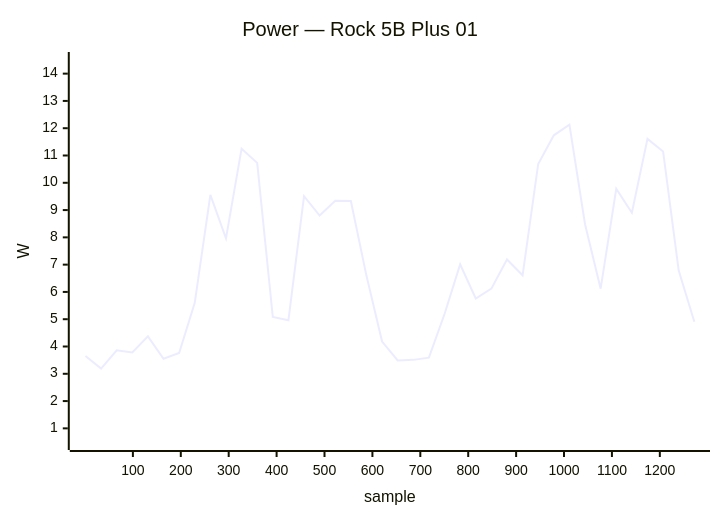
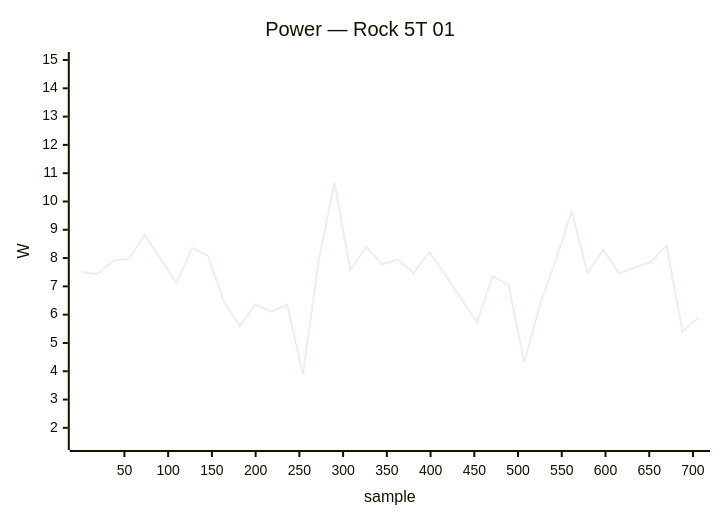
Diagram 26 of 32 in docs/status/board-tests.md (armbian/documentation), drawn with Mermaid before and after one commit. The commit also changed other lines of this file, not shown here.

````diff
--- a/docs/status/board-tests.md
+++ b/docs/status/board-tests.md
@@ -1355,7 +1481,7 @@
 ```mermaid
 xychart-beta
-    title "Power — Rock 5B Plus 01"
-    x-axis "sample" 1 --> 1272
-    y-axis "W" 0.5 --> 14.5
-    line [3.65, 3.19, 3.86, 3.78, 4.37, 3.55, 3.76, 5.60, 9.56, 7.96, 11.25, 10.73, 5.08, 4.96, 9.51, 8.80, 9.34, 9.33, 6.59, 4.18, 3.49, 3.51, 3.59, 5.19, 7.01, 5.76, 6.12, 7.19, 6.61, 10.69, 11.74, 12.13, 8.48, 6.12, 9.78, 8.90, 11.61, 11.15, 6.78, 4.91]
+    title "Power — Rock 5T 01"
+    x-axis "sample" 1 --> 706
+    y-axis "W" 1.5 --> 15.0
+    line [7.51, 7.44, 7.91, 7.98, 8.82, 7.97, 7.11, 8.36, 8.08, 6.45, 5.59, 6.36, 6.11, 6.35, 3.89, 7.92, 10.66, 7.57, 8.41, 7.78, 7.95, 7.48, 8.20, 7.41, 6.57, 5.73, 7.36, 7.05, 4.31, 6.37, 7.95, 9.65, 7.48, 8.30, 7.45, 7.67, 7.86, 8.45, 5.40, 5.89]
 ```
````
